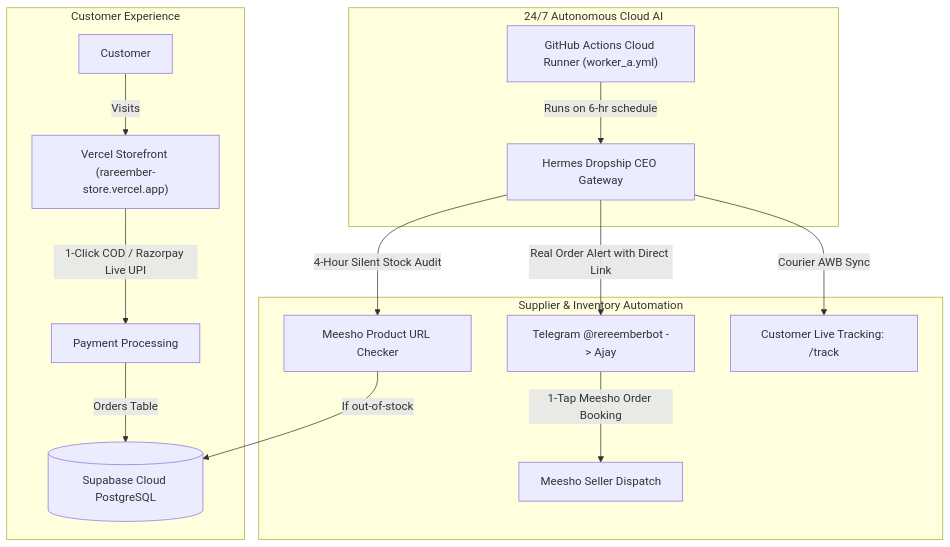
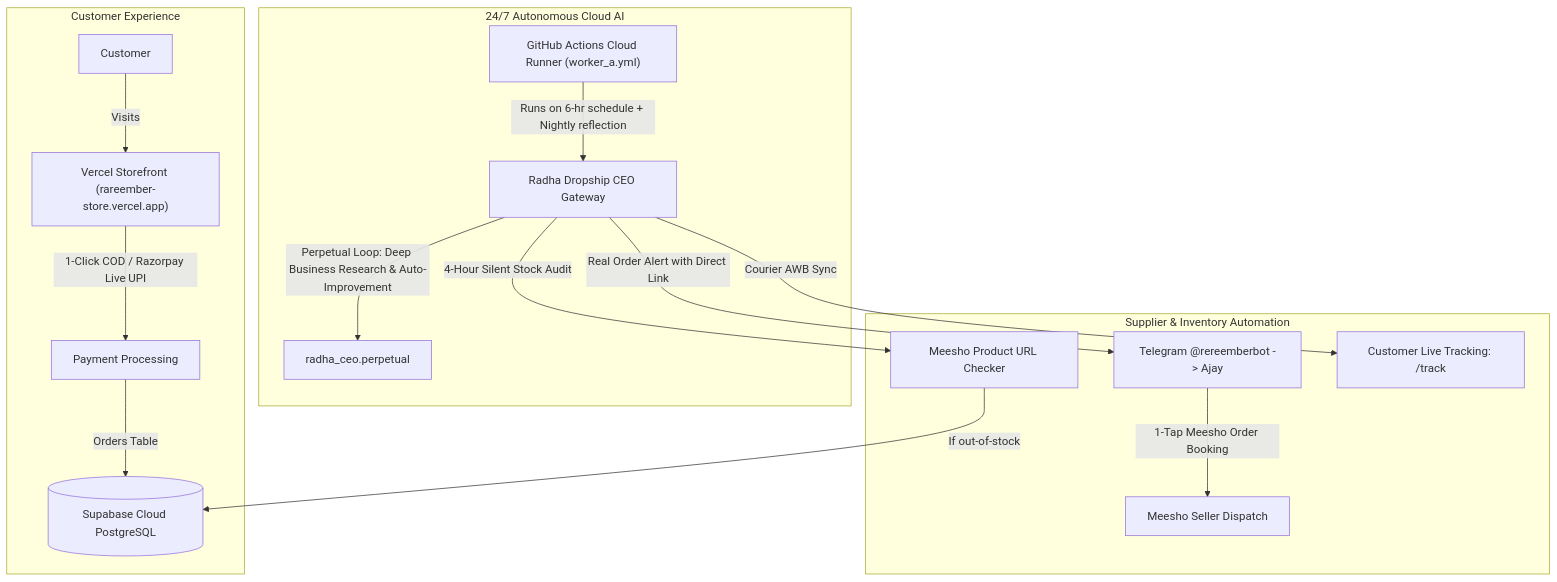
Before and after one commit to nothing12837-lang/hermes-dropship-ceo: the diagram in PROJECT_MASTER_MEMORY.md, drawn with Mermaid. The commit also changed other lines of this file and 28 other files, not shown here.

Commit message:
feat(radha-ceo): complete Radha God-CEO transition, 103 Meesho products catalog, RLS security & 24/7 continuous autonomous engine

````diff
--- a/PROJECT_MASTER_MEMORY.md
+++ b/PROJECT_MASTER_MEMORY.md
@@ -31,21 +32,22 @@
 ```mermaid
 flowchart TD
     subgraph Customer Experience
         C[Customer] -->|Visits| WEB["Vercel Storefront (rareember-store.vercel.app)"]
         WEB -->|1-Click COD / Razorpay Live UPI| PAY[Payment Processing]
         PAY -->|Orders Table| DB[(Supabase Cloud PostgreSQL)]
     end
 
     subgraph 24/7 Autonomous Cloud AI
         GH["GitHub Actions Cloud Runner (worker_a.yml)"]
-        GH -->|Runs on 6-hr schedule| BOT[Hermes Dropship CEO Gateway]
+        GH -->|Runs on 6-hr schedule + Nightly reflection| BOT[Radha Dropship CEO Gateway]
+        BOT -->|Perpetual Loop: Deep Business Research & Auto-Improvement| PERP[radha_ceo.perpetual]
     end
 
     subgraph Supplier & Inventory Automation
         BOT -->|4-Hour Silent Stock Audit| MEE[Meesho Product URL Checker]
         MEE -->|If out-of-stock| DB
         BOT -->|Real Order Alert with Direct Link| TG["Telegram @rereemberbot -> Ajay"]
         TG -->|1-Tap Meesho Order Booking| MAPP[Meesho Seller Dispatch]
         BOT -->|Courier AWB Sync| TRK["Customer Live Tracking: /track"]
     end
 ```
````
